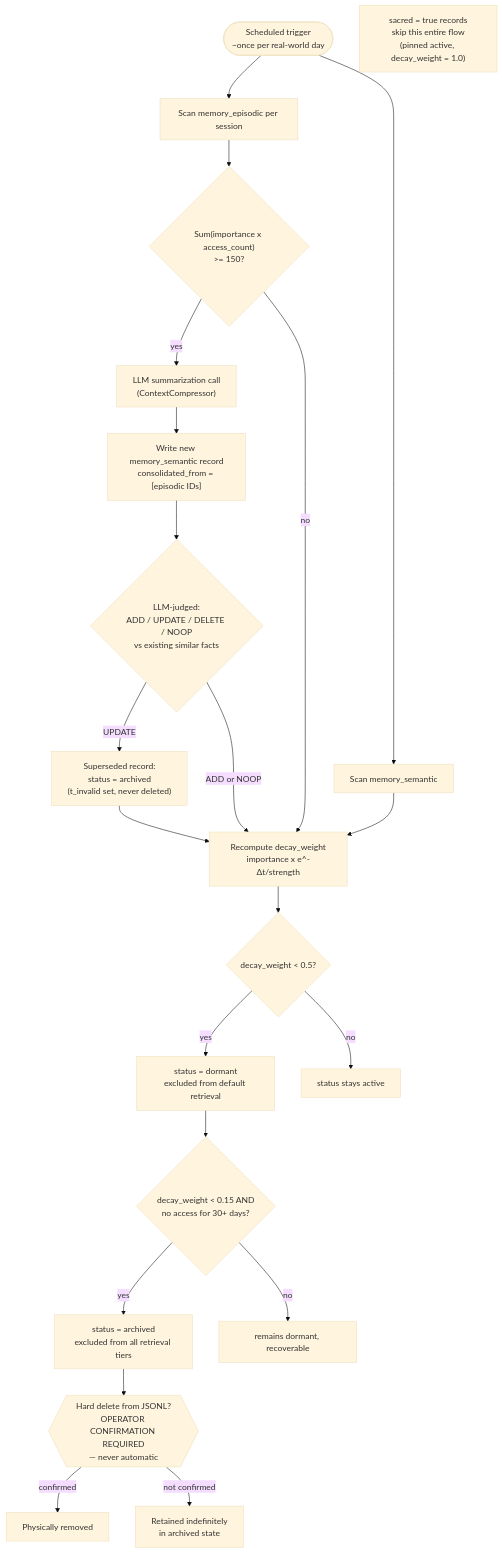
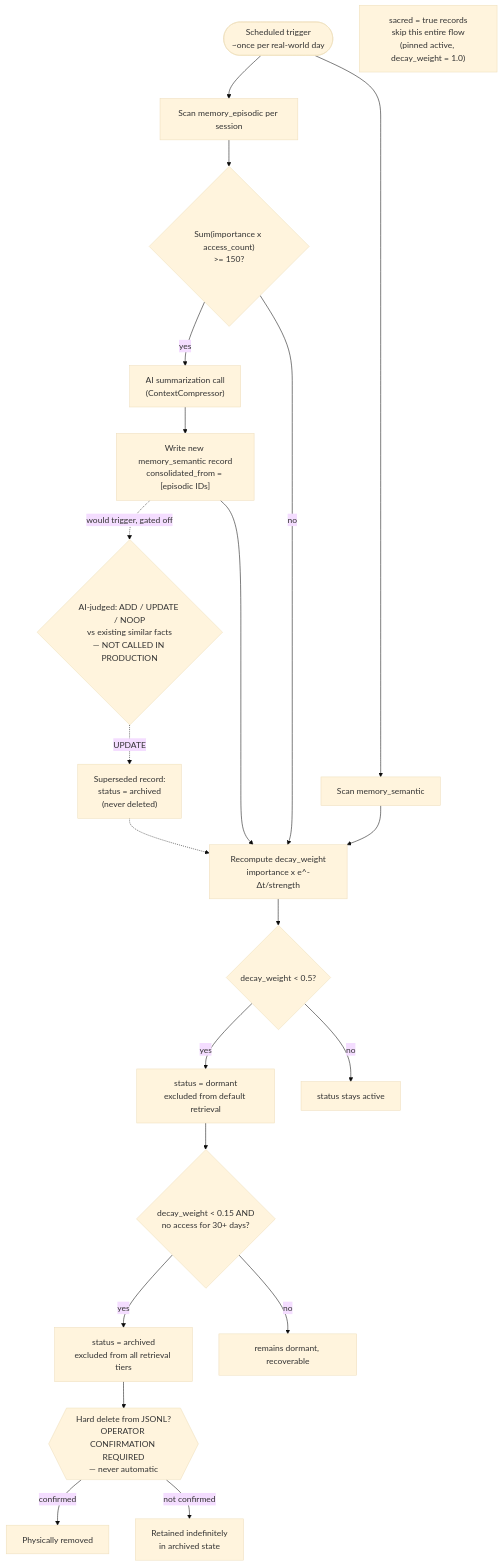
Before and after one commit to PhoenixNest/AGENT-GLOBAL-BASE: the third of 4 diagrams in core-component-00/telescope/2026-07-10-agent-memory-architecture/supporting/04-workflow-diagrams.md, drawn with Mermaid (base theme). The commit also changed other lines of this file and 42 other files, not shown here.

````diff
--- a/core-component-00/telescope/2026-07-10-agent-memory-architecture/supporting/04-workflow-diagrams.md
+++ b/core-component-00/telescope/2026-07-10-agent-memory-architecture/supporting/04-workflow-diagrams.md
@@ -109,31 +122,31 @@
 ```mermaid
 graph TD
     Trigger([Scheduled trigger\n~once per real-world day]) --> ScanEpisodic[Scan memory_episodic per session]
     Trigger --> ScanSemantic[Scan memory_semantic]
 
     ScanEpisodic --> ImportanceSum{"Sum(importance x access_count)\n>= 150?"}
-    ImportanceSum -->|yes| LLMSummarize["LLM summarization call\n(ContextCompressor)"]
+    ImportanceSum -->|yes| LLMSummarize["AI summarization call\n(ContextCompressor)"]
     LLMSummarize --> NewSemantic["Write new memory_semantic record\nconsolidated_from = [episodic IDs]"]
     ImportanceSum -->|no| DecayStep
 
-    NewSemantic --> ContradictionJudge{"LLM-judged:\nADD / UPDATE / DELETE / NOOP\nvs existing similar facts"}
-    ContradictionJudge -->|UPDATE| InvalidateOld["Superseded record:\nstatus = archived\n(t_invalid set, never deleted)"]
-    ContradictionJudge -->|ADD or NOOP| DecayStep
+    NewSemantic -.would trigger, gated off.-> ContradictionJudge{"AI-judged: ADD / UPDATE / NOOP\nvs existing similar facts\n— NOT CALLED IN PRODUCTION"}
+    ContradictionJudge -.UPDATE.-> InvalidateOld["Superseded record:\nstatus = archived\n(never deleted)"]
+    NewSemantic --> DecayStep
 
     ScanSemantic --> DecayStep[Recompute decay_weight\nimportance x e^-Δt/strength]
-    InvalidateOld --> DecayStep
+    InvalidateOld -.-> DecayStep
 
     DecayStep --> DormantCheck{decay_weight < 0.5?}
     DormantCheck -->|yes| MarkDormant[status = dormant\nexcluded from default retrieval]
     DormantCheck -->|no| StayActive[status stays active]
 
     MarkDormant --> ArchiveCheck{"decay_weight < 0.15 AND\nno access for 30+ days?"}
     ArchiveCheck -->|yes| MarkArchived[status = archived\nexcluded from all retrieval tiers]
     ArchiveCheck -->|no| StayDormant[remains dormant, recoverable]
 
     MarkArchived --> GCGate{{"Hard delete from JSONL?\nOPERATOR CONFIRMATION REQUIRED\n— never automatic"}}
     GCGate -->|confirmed| Purge[Physically removed]
     GCGate -->|not confirmed| Retained[Retained indefinitely\nin archived state]
 
     SacredNote["sacred = true records\nskip this entire flow\n(pinned active, decay_weight = 1.0)"]
 ```
````
